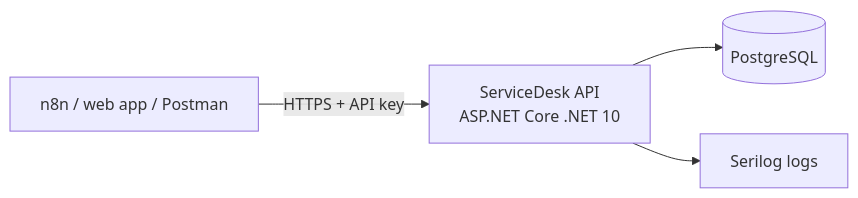
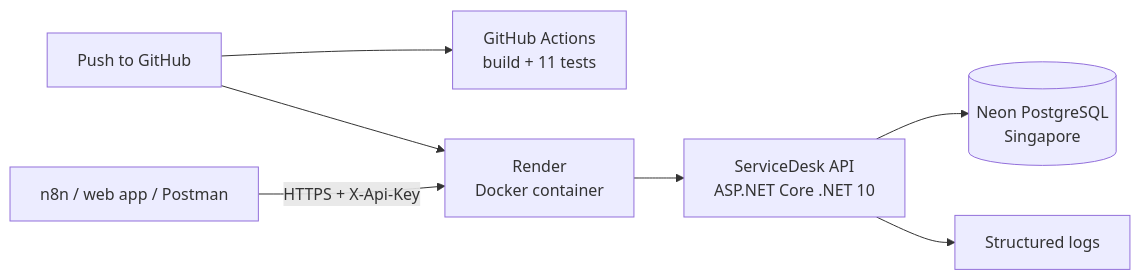
One commit to narasimhasn06/servicedesk changed the diagram in docs/case-studies/01-servicedesk-api.md. Above: the diagram before and after it, drawn with Mermaid. The commit also changed other lines of this file and 1 other file, not shown here.

````diff
--- a/docs/case-studies/01-servicedesk-api.md
+++ b/docs/case-studies/01-servicedesk-api.md
@@ -30,6 +32,9 @@
 ```mermaid
 flowchart LR
-  Client[n8n / web app / Postman] -->|HTTPS + API key| API[ServiceDesk API<br/>ASP.NET Core .NET 10]
-  API --> DB[(PostgreSQL)]
-  API --> Logs[Serilog logs]
+  Dev[Push to GitHub] --> CI[GitHub Actions<br/>build + 11 tests]
+  Dev --> Render[Render<br/>Docker container]
+  Client[n8n / web app / Postman] -->|HTTPS + X-Api-Key| Render
+  Render --> API[ServiceDesk API<br/>ASP.NET Core .NET 10]
+  API --> DB[(Neon PostgreSQL<br/>Singapore)]
+  API --> Logs[Structured logs]
 ```
````
